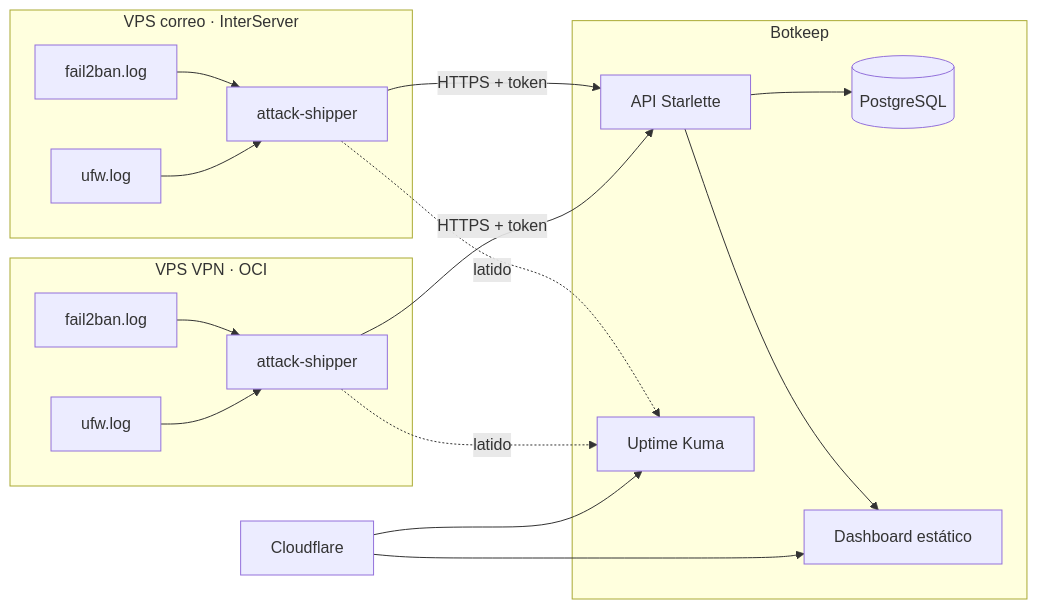
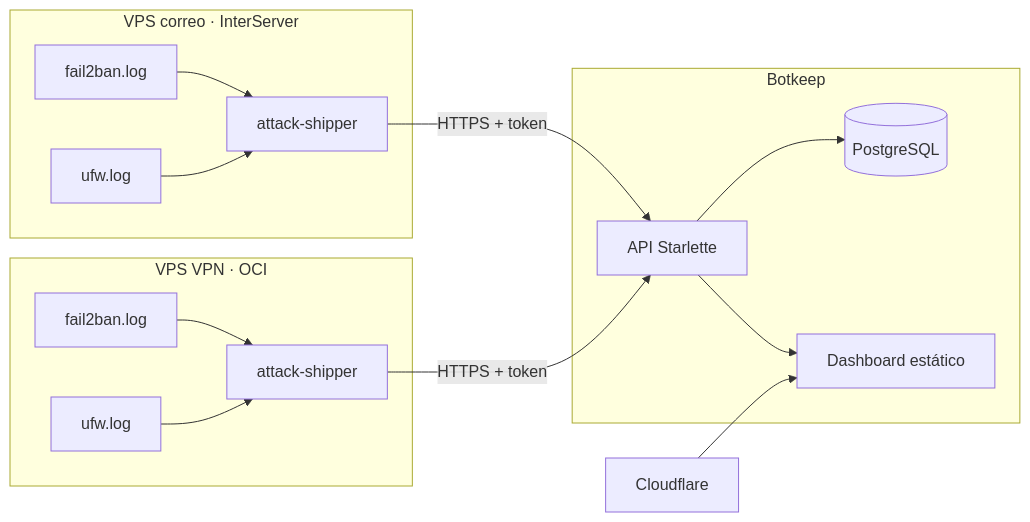
The diagram in README.md (DavePineda/attack-dashboard), drawn with Mermaid before and after one commit. The commit also changed other lines of this file and 14 other files, not shown here.

First line of the commit message:
Dashboard solo con PostgreSQL y API en Botkeep, sin Uptime Kuma

````diff
--- a/README.md
+++ b/README.md
@@ -12,22 +12,18 @@
 ```mermaid
 flowchart LR
   subgraph VPS1[VPS correo · InterServer]
     F1[fail2ban.log] --> A1[attack-shipper]
     U1[ufw.log] --> A1
   end
   subgraph VPS2[VPS VPN · OCI]
     F2[fail2ban.log] --> A2[attack-shipper]
     U2[ufw.log] --> A2
   end
   A1 -- HTTPS + token --> API
   A2 -- HTTPS + token --> API
   subgraph Botkeep
     API[API Starlette] --> DB[(PostgreSQL)]
     API --> WEB[Dashboard estático]
-    KUMA[Uptime Kuma]
   end
-  A1 -. latido .-> KUMA
-  A2 -. latido .-> KUMA
   CF[Cloudflare] --> WEB
-  CF --> KUMA
 ```
````
